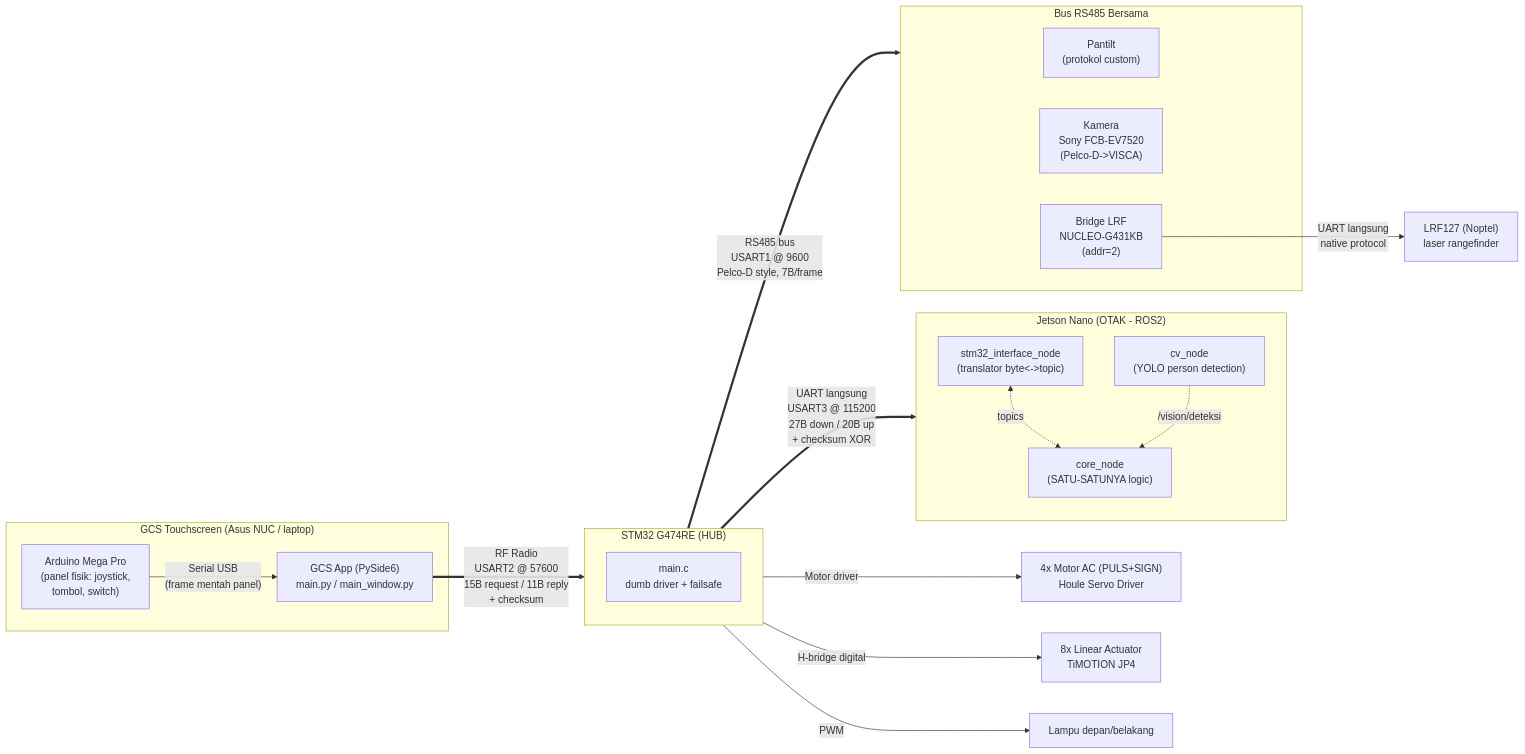
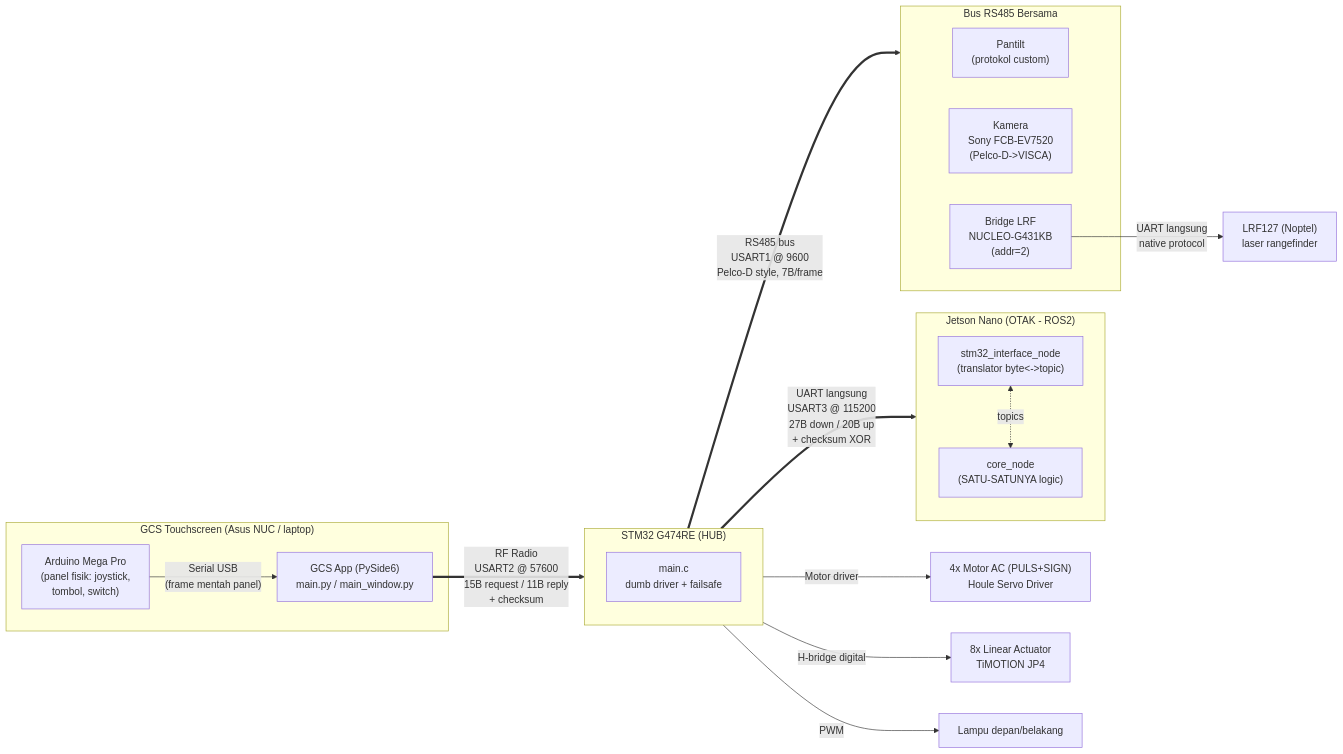
One commit to mfauzansyarif/ugv-robot changed the first of 3 diagrams in README.md. Above: the diagram before and after it, drawn with Mermaid. The commit also changed other lines of this file and 2731 other files, not shown here.

````diff
--- a/README.md
+++ b/README.md
@@ -45,40 +45,38 @@
 ```mermaid
 flowchart LR
     subgraph GCS["GCS Touchscreen (Asus NUC / laptop)"]
         Arduino["Arduino Mega Pro<br/>(panel fisik: joystick,<br/>tombol, switch)"]
         App["GCS App (PySide6)<br/>main.py / main_window.py"]
         Arduino -- "Serial USB<br/>(frame mentah panel)" --> App
     end
 
     App == "RF Radio<br/>USART2 @ 57600<br/>15B request / 11B reply<br/>+ checksum" ==> STM
 
     subgraph STM["STM32 G474RE (HUB)"]
         direction TB
         M["main.c<br/>dumb driver + failsafe"]
     end
 
     STM == "UART langsung<br/>USART3 @ 115200<br/>27B down / 20B up<br/>+ checksum XOR" ==> Jetson
 
     subgraph Jetson["Jetson Nano (OTAK - ROS2)"]
         direction TB
         SIN["stm32_interface_node<br/>(translator byte<->topic)"]
         CN["core_node<br/>(SATU-SATUNYA logic)"]
-        CV["cv_node<br/>(YOLO person detection)"]
         SIN <-. topics .-> CN
-        CV -. "/vision/deteksi" .-> CN
     end
 
     STM == "RS485 bus<br/>USART1 @ 9600<br/>Pelco-D style, 7B/frame" ==> RS485
 
     subgraph RS485["Bus RS485 Bersama"]
         Pantilt["Pantilt<br/>(protokol custom)"]
         Kamera["Kamera<br/>Sony FCB-EV7520<br/>(Pelco-D->VISCA)"]
         Bridge["Bridge LRF<br/>NUCLEO-G431KB<br/>(addr=2)"]
     end
 
     Bridge -- "UART langsung<br/>native protocol" --> LRF["LRF127 (Noptel)<br/>laser rangefinder"]
 
     STM -- "Motor driver" --> Motors["4x Motor AC (PULS+SIGN)<br/>Houle Servo Driver"]
     STM -- "H-bridge digital" --> Act["8x Linear Actuator<br/>TiMOTION JP4"]
     STM -- PWM --> Lamps["Lampu depan/belakang"]
 ```
````
